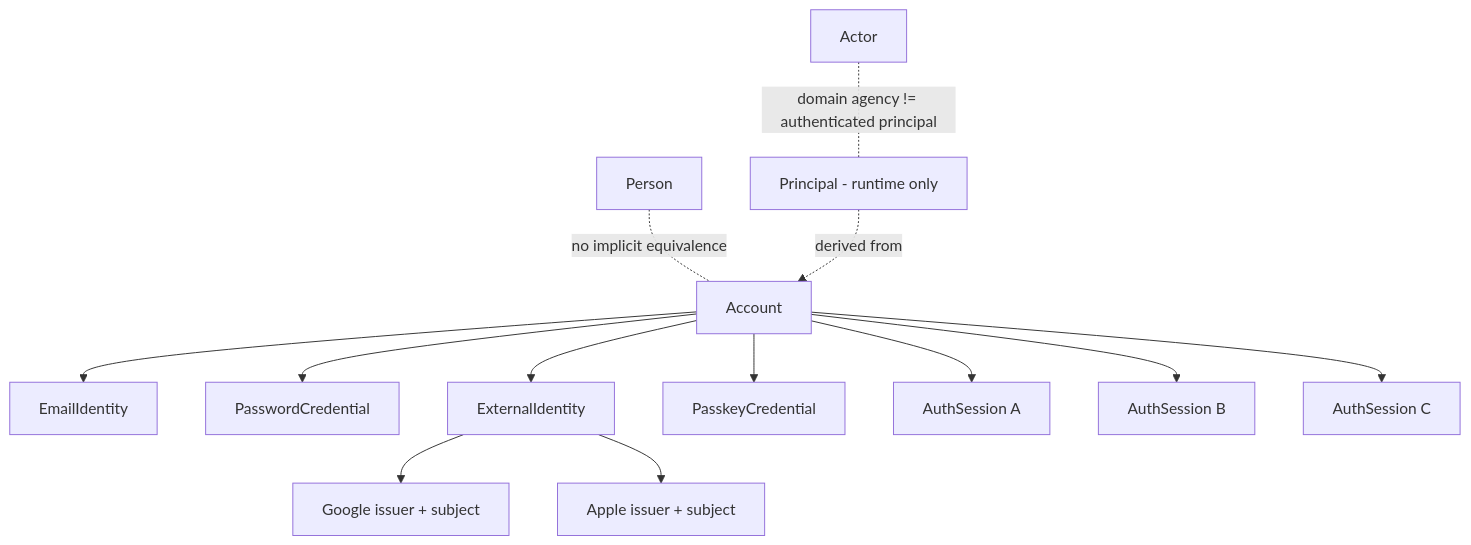
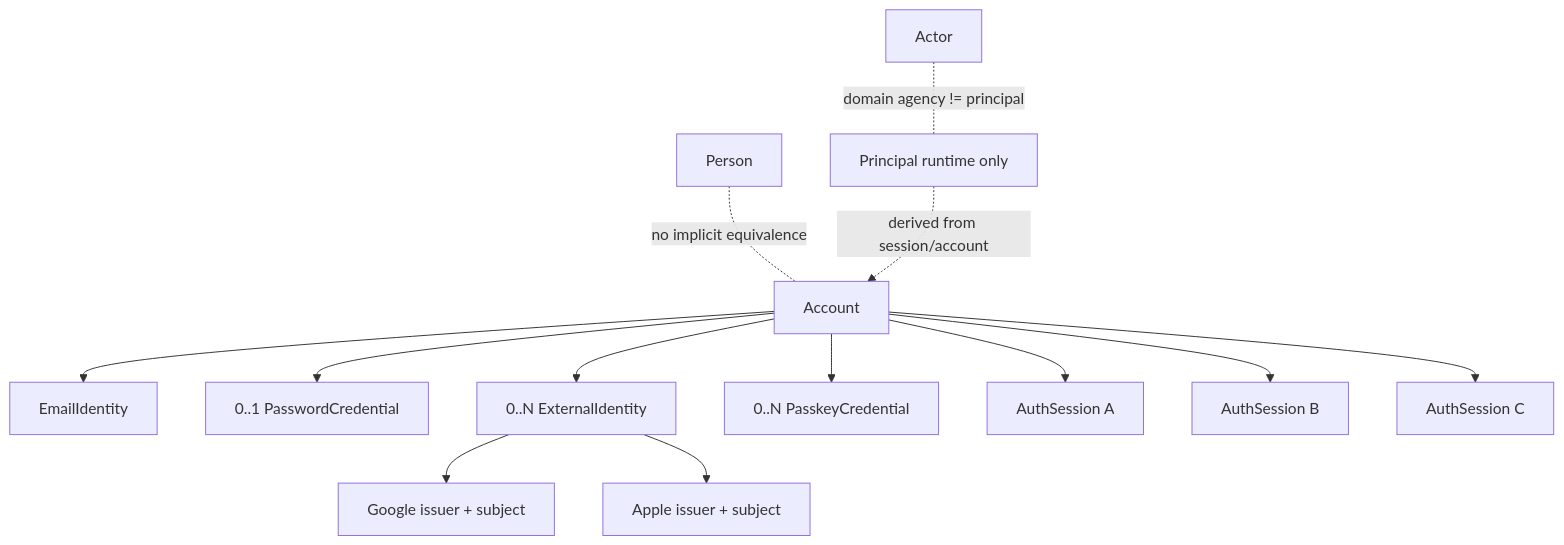
Before and after one commit to MattiaRubino/dante: the first of 12 diagrams in docs/architecture/access-auth-architecture.md, drawn with Mermaid. The commit also changed other lines of this file, not shown here.

Commit message:
docs(auth): close M2 architecture contract

````diff
--- a/docs/architecture/access-auth-architecture.md
+++ b/docs/architecture/access-auth-architecture.md
@@ -45,16 +58,17 @@
 ```mermaid
 flowchart TD
-    A[Account] --> EI[EmailIdentity]
-    A --> PC[PasswordCredential]
-    A --> XI[ExternalIdentity]
-    A --> PK[PasskeyCredential]
+    A[Account]
+    A --> EI[EmailIdentity]
+    A --> PC[0..1 PasswordCredential]
+    A --> XI[0..N ExternalIdentity]
+    A --> PK[0..N PasskeyCredential]
     A --> S1[AuthSession A]
     A --> S2[AuthSession B]
     A --> S3[AuthSession C]
     XI --> G[Google issuer + subject]
     XI --> AP[Apple issuer + subject]
 
     P[Person] -. no implicit equivalence .- A
-    PR[Principal - runtime only] -. derived from .-> A
-    AC[Actor] -. domain agency != authenticated principal .- PR
+    PR[Principal runtime only] -. derived from session/account .-> A
+    AC[Actor] -. domain agency != principal .- PR
 ```
````
